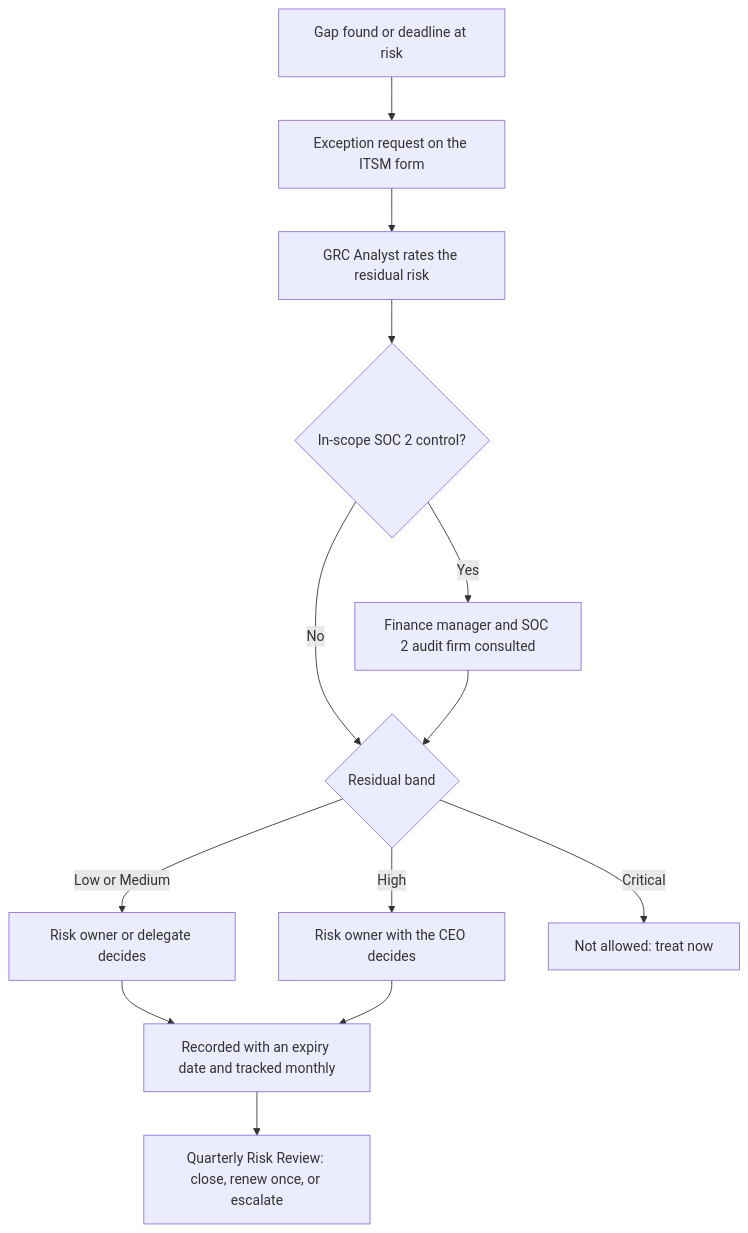
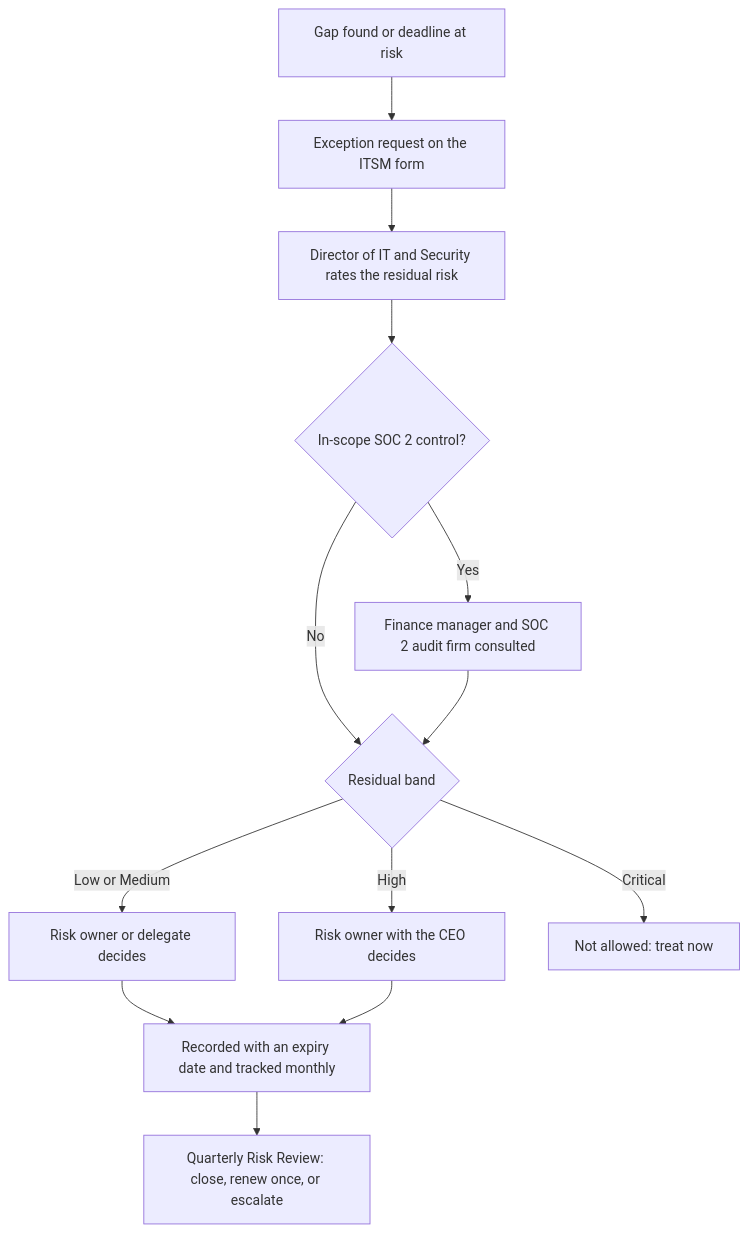
Before and after one commit to lexxon21/it-security-first-year-plan: the second of 2 diagrams in docs/11-risk-management.md, drawn with Mermaid. The commit also changed other lines of this file and 34 other files, not shown here.

````diff
--- a/docs/11-risk-management.md
+++ b/docs/11-risk-management.md
@@ -139,15 +138,15 @@
 ```mermaid
 flowchart TD
   A["Gap found or deadline at risk"] --> B["Exception request on the ITSM form"]
-  B --> C["GRC Analyst rates the residual risk"]
+  B --> C["Director of IT and Security rates the residual risk"]
   C --> D{"In-scope SOC 2 control?"}
   D -->|"Yes"| E["Finance manager and SOC 2 audit firm consulted"]
   D -->|"No"| F{"Residual band"}
   E --> F
   F -->|"Low or Medium"| G["Risk owner or delegate decides"]
   F -->|"High"| H["Risk owner with the CEO decides"]
   F -->|"Critical"| X["Not allowed: treat now"]
   G --> J["Recorded with an expiry date and tracked monthly"]
   H --> J
   J --> K["Quarterly Risk Review: close, renew once, or escalate"]
 ```
````
